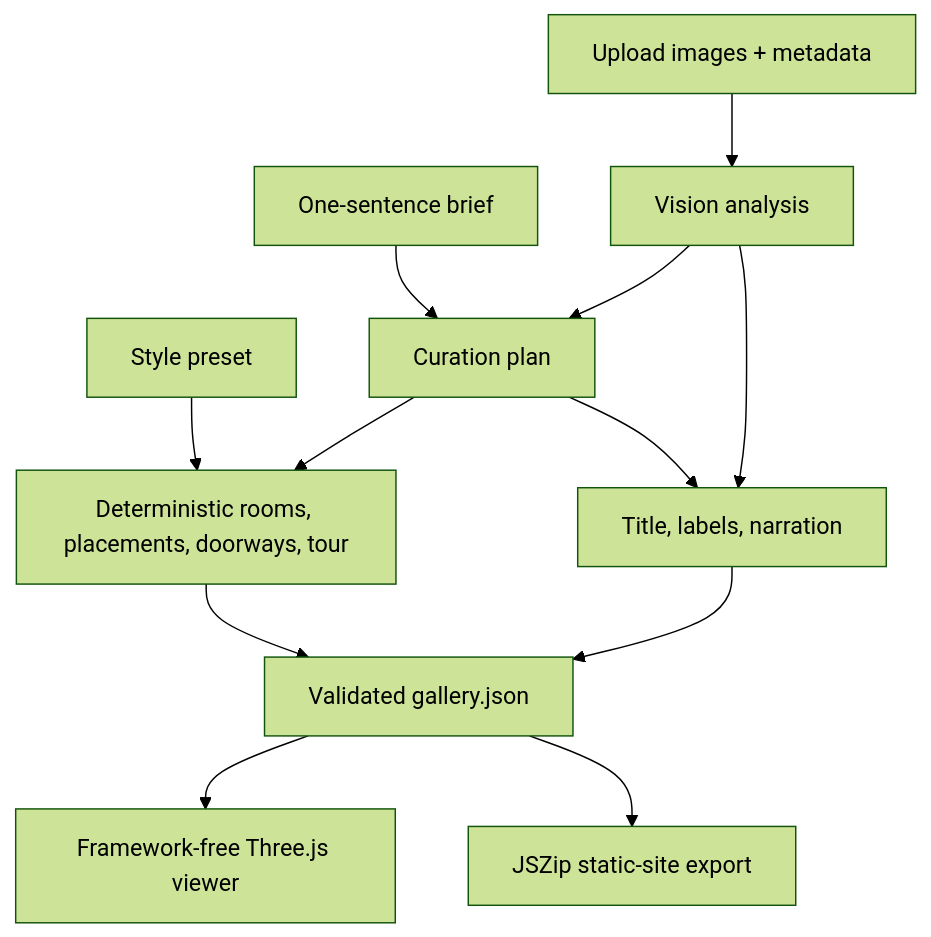
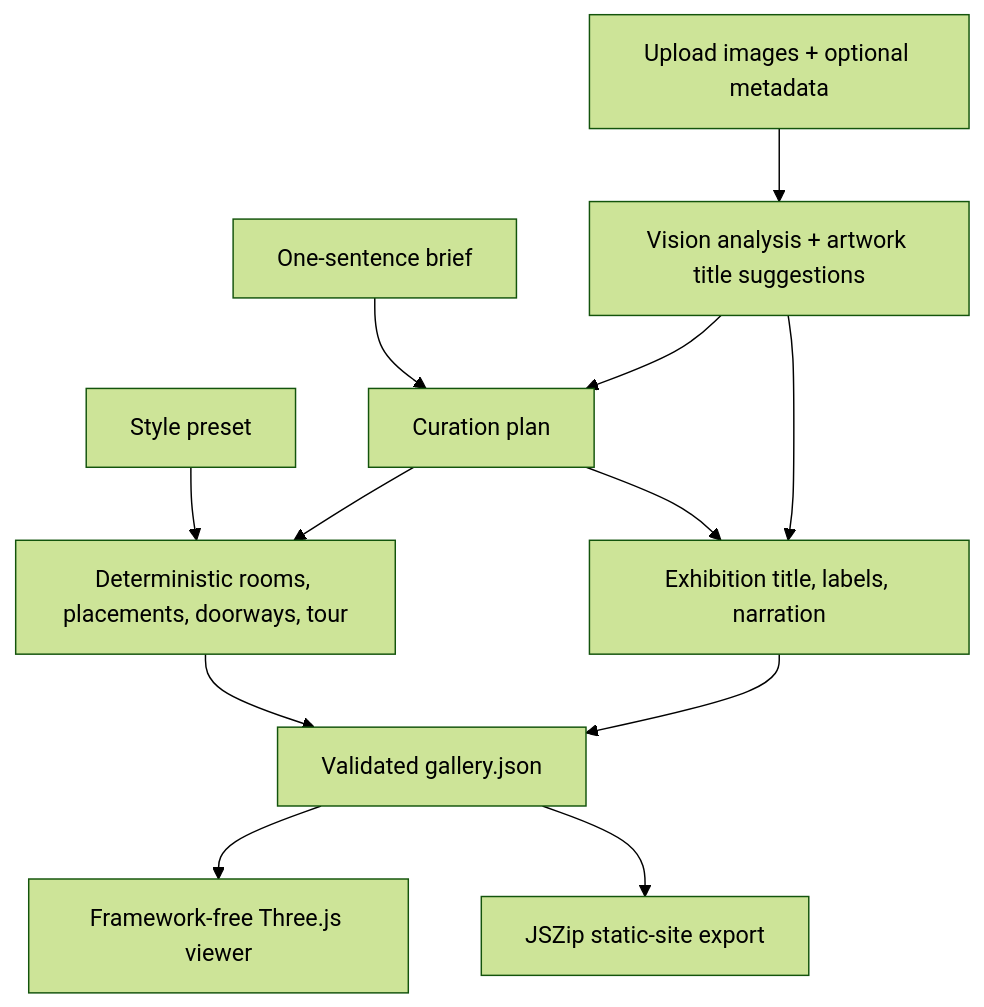
The diagram in docs/PRODUCT_PLAN.md (HuiYingChung/Openhall), drawn with Mermaid (forest theme) before and after one commit. The commit also changed other lines of this file and 33 other files, not shown here.

Commit message:
feat: add AI artwork titles and optional medium

````diff
--- a/docs/PRODUCT_PLAN.md
+++ b/docs/PRODUCT_PLAN.md
@@ -63,14 +63,14 @@
 ```mermaid
 flowchart TD
-    U["Upload images + metadata"] --> A["Vision analysis"]
+    U["Upload images + optional metadata"] --> A["Vision analysis + artwork title suggestions"]
     B["One-sentence brief"] --> C["Curation plan"]
     A --> C
     P["Style preset"] --> D["Deterministic rooms, placements, doorways, tour"]
     C --> D
-    C --> W["Title, labels, narration"]
+    C --> W["Exhibition title, labels, narration"]
     A --> W
     D --> G["Validated gallery.json"]
     W --> G
     G --> V["Framework-free Three.js viewer"]
     G --> E["JSZip static-site export"]
 ```
````
